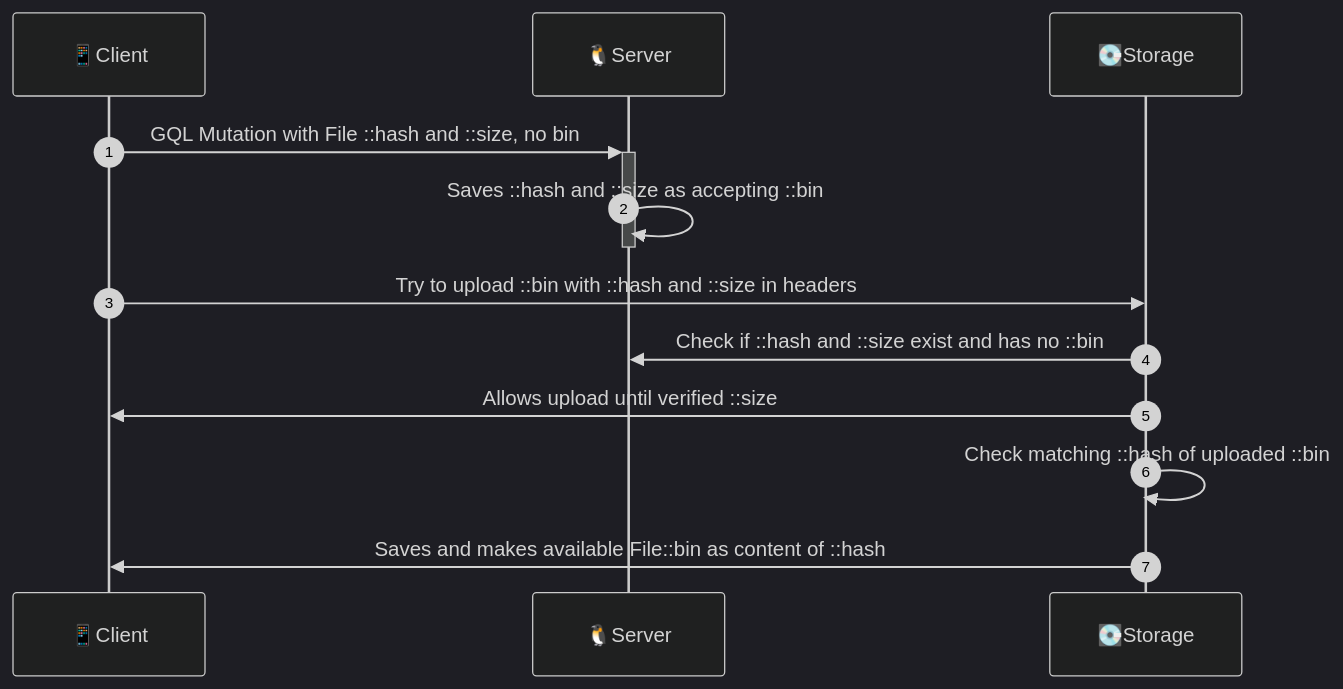
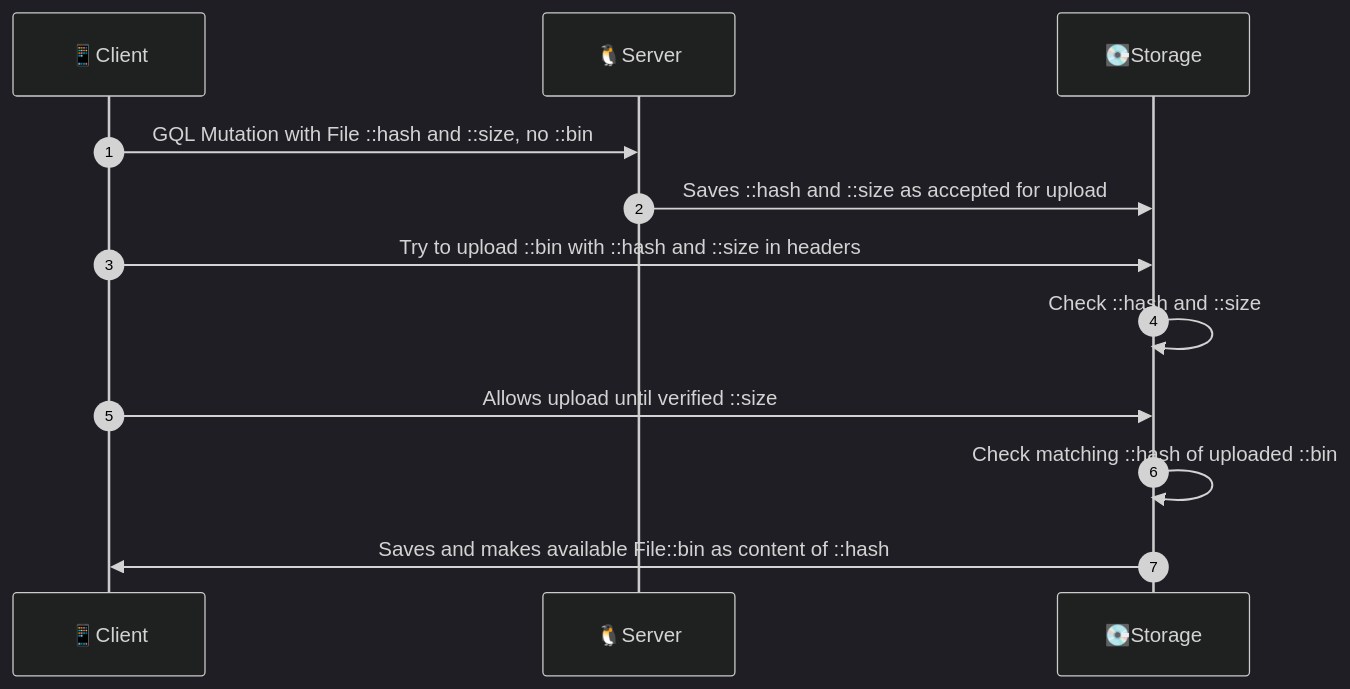
The second of 2 diagrams in README.md (interfacerproject/zenflows-crypto), drawn with Mermaid (dark theme) before and after one commit. The commit also changed other lines of this file, not shown here.

Commit message:
improve server and storage logics

````diff
--- a/README.md
+++ b/README.md
@@ -96,14 +96,14 @@
 ```mermaid
 sequenceDiagram
 autonumber
   participant C as 📱Client
   participant S as 🐧Server
   participant F as 💽Storage
-  C->>+S: GQL Mutation with File ::hash and ::size, no bin
-  S->>-S: Saves ::hash and ::size as accepting ::bin
+  C->>S: GQL Mutation with File ::hash and ::size, no ::bin
+  S->>F: Saves ::hash and ::size as accepted for upload
   C->>F: Try to upload ::bin with ::hash and ::size in headers
-  F->>S: Check if ::hash and ::size exist and has no ::bin
-  F->>C: Allows upload until verified ::size
+  F->>F: Check ::hash and ::size
+  C->>F: Allows upload until verified ::size
   F->>F: Check matching ::hash of uploaded ::bin
   F->>C: Saves and makes available File::bin as content of ::hash
 ```
````
